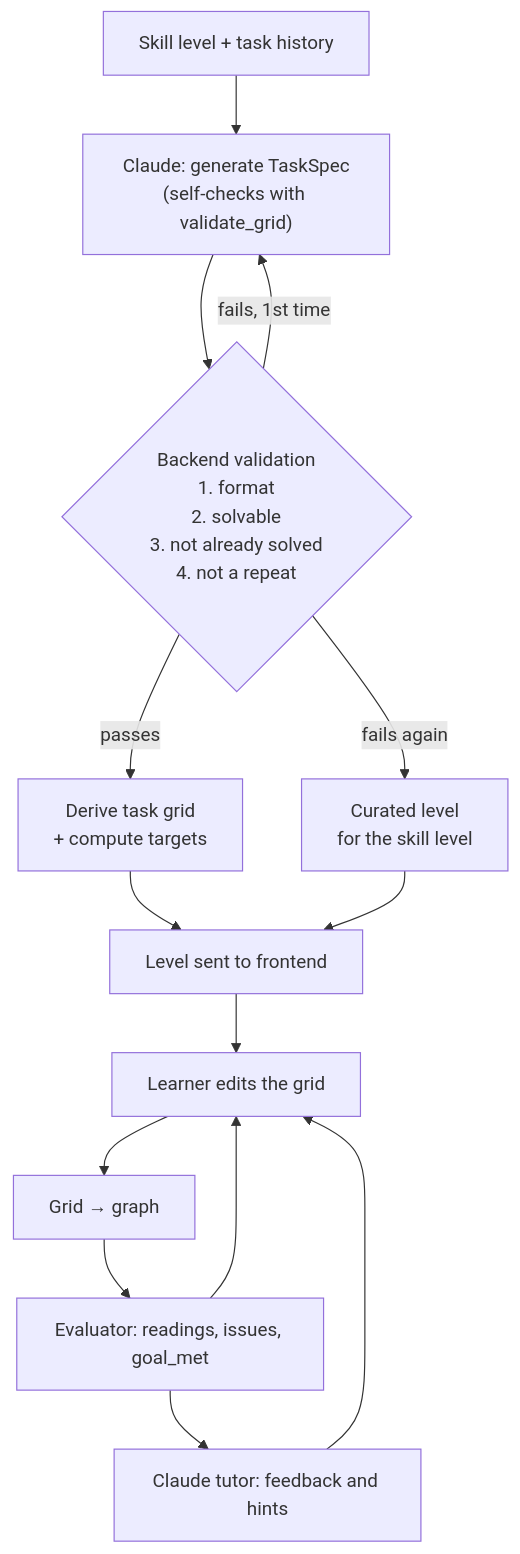
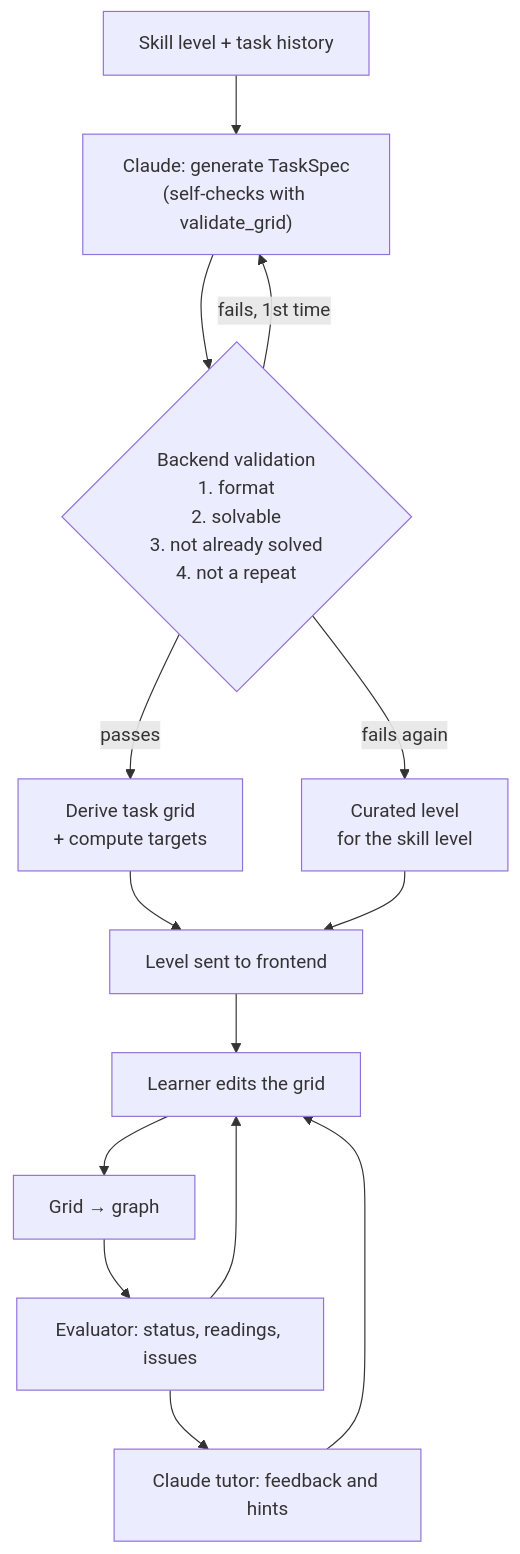
Before and after one commit to VOxFF/schematics-ai-tutor: the first of 2 diagrams in docs/schematics.md, drawn with Mermaid. The commit also changed other lines of this file and 3 other files, not shown here.

First line of the commit message:
Define the evaluation result: status, readings and issues

````diff
--- a/docs/schematics.md
+++ b/docs/schematics.md
@@ -182,16 +182,16 @@
 ```mermaid
 flowchart TD
     P["Skill level + task history"] --> G["Claude: generate TaskSpec<br/>(self-checks with validate_grid)"]
     G --> V{"Backend validation<br/>1. format<br/>2. solvable<br/>3. not already solved<br/>4. not a repeat"}
     V -- "fails, 1st time" --> G
     V -- "fails again" --> F["Curated level<br/>for the skill level"]
     V -- passes --> D["Derive task grid<br/>+ compute targets"]
     D --> L[Level sent to frontend]
     F --> L
     L --> U["Learner edits the grid"]
     U --> GG["Grid → graph"]
-    GG --> EV["Evaluator: readings, issues, goal_met"]
+    GG --> EV["Evaluator: status, readings, issues"]
     EV --> U
     EV --> T["Claude tutor: feedback and hints"]
     T --> U
 ```
````
